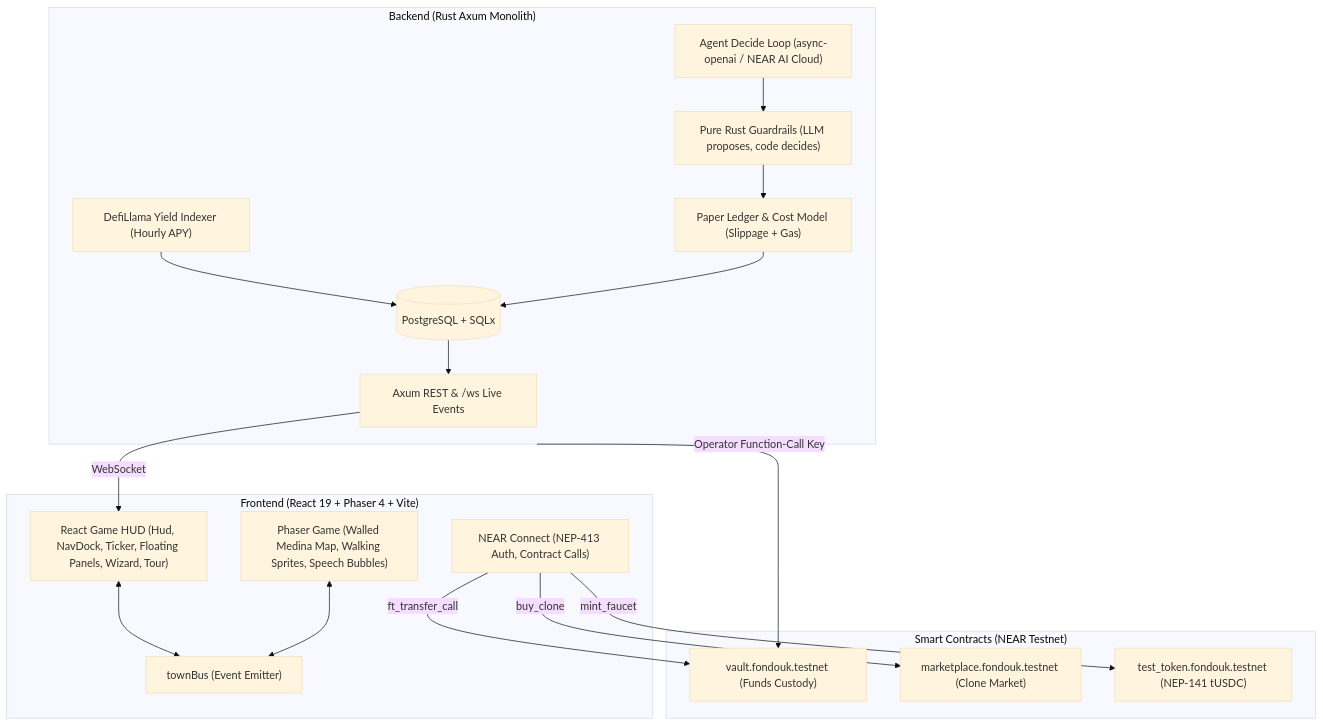
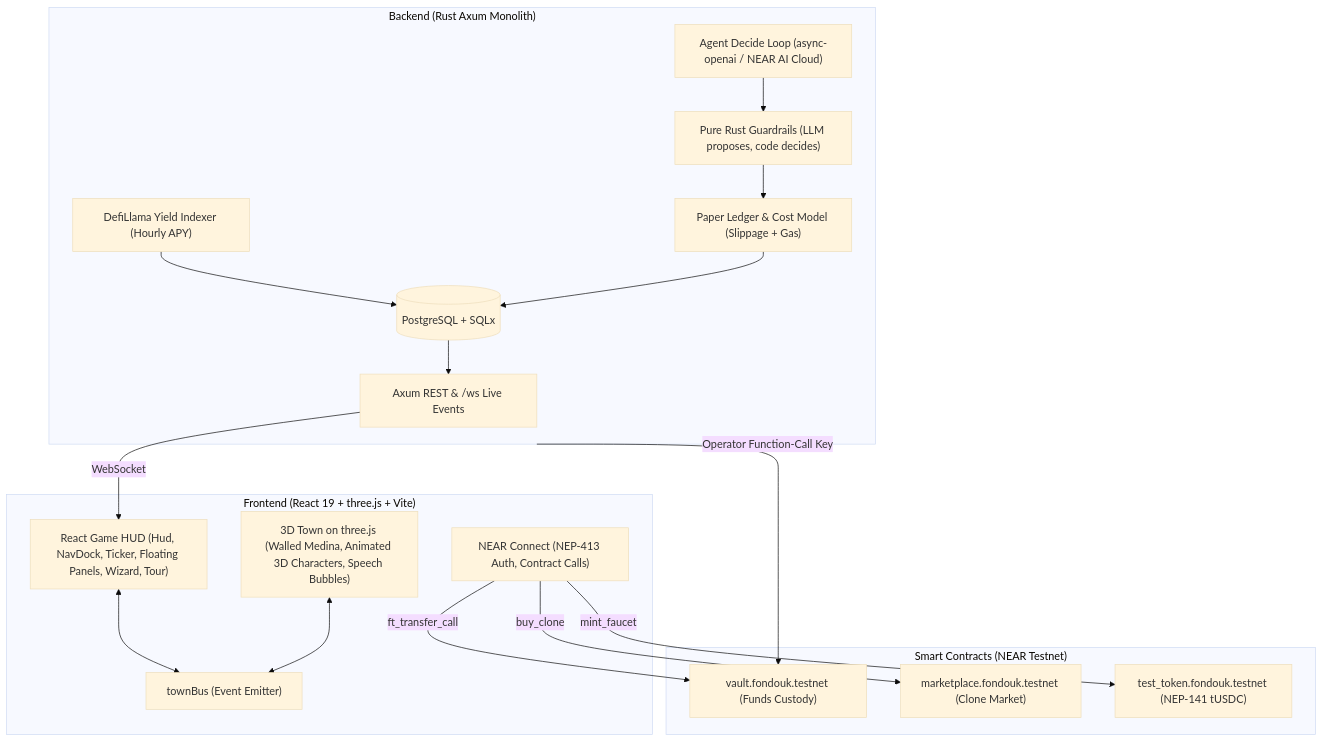
One commit to ayoubbuoya/fondouk changed the diagram in README.md. Above: the diagram before and after it, drawn with Mermaid (base theme). The commit also changed other lines of this file and 61 other files, not shown here.

First line of the commit message:
refactor(frontend): make the 3D town the only town, remove Phaser (D77)

````diff
--- a/README.md
+++ b/README.md
@@ -83,36 +83,36 @@
 ```mermaid
 flowchart TB
-    subgraph Frontend["Frontend (React 19 + Phaser 4 + Vite)"]
+    subgraph Frontend["Frontend (React 19 + three.js + Vite)"]
         UI["React Game HUD (Hud, NavDock, Ticker, Floating Panels, Wizard, Tour)"]
         Bus["townBus (Event Emitter)"]
-        Engine["Phaser Game (Walled Medina Map, Walking Sprites, Speech Bubbles)"]
+        Engine["3D Town on three.js (Walled Medina, Animated 3D Characters, Speech Bubbles)"]
         Wallet["NEAR Connect (NEP-413 Auth, Contract Calls)"]
         UI <--> Bus
         Engine <--> Bus
     end
 
     subgraph Backend["Backend (Rust Axum Monolith)"]
         API["Axum REST & /ws Live Events"]
         Indexer["DefiLlama Yield Indexer (Hourly APY)"]
         Decide["Agent Decide Loop (async-openai / NEAR AI Cloud)"]
         Guard["Pure Rust Guardrails (LLM proposes, code decides)"]
         Sim["Paper Ledger & Cost Model (Slippage + Gas)"]
         DB[(PostgreSQL + SQLx)]
         
         Indexer --> DB
         Decide --> Guard --> Sim --> DB
         DB --> API
         API -->|WebSocket| UI
     end
 
     subgraph Contracts["Smart Contracts (NEAR Testnet)"]
         Vault["vault.fondouk.testnet (Funds Custody)"]
         Mkt["marketplace.fondouk.testnet (Clone Market)"]
         Token["test_token.fondouk.testnet (NEP-141 tUSDC)"]
     end
 
     Wallet -->|ft_transfer_call| Vault
     Wallet -->|buy_clone| Mkt
     Wallet -->|mint_faucet| Token
     Backend -->|Operator Function-Call Key| Vault
 ```
````
